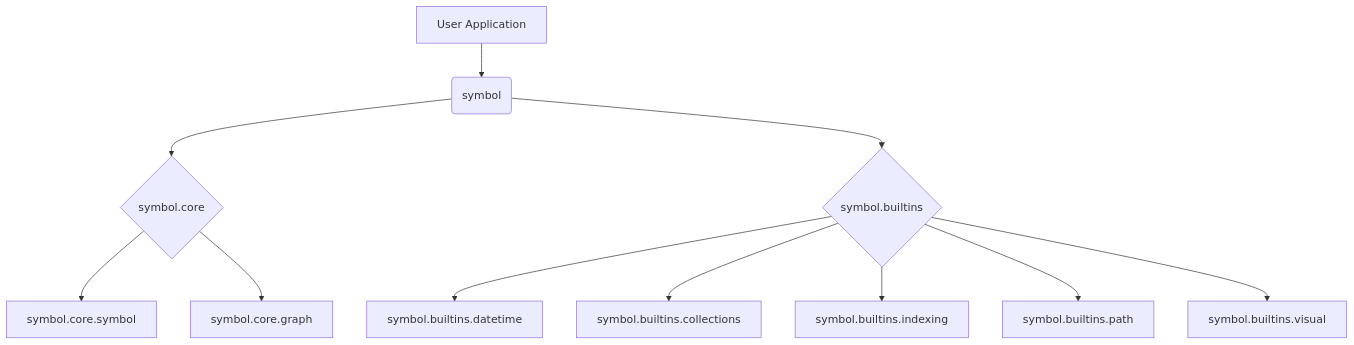
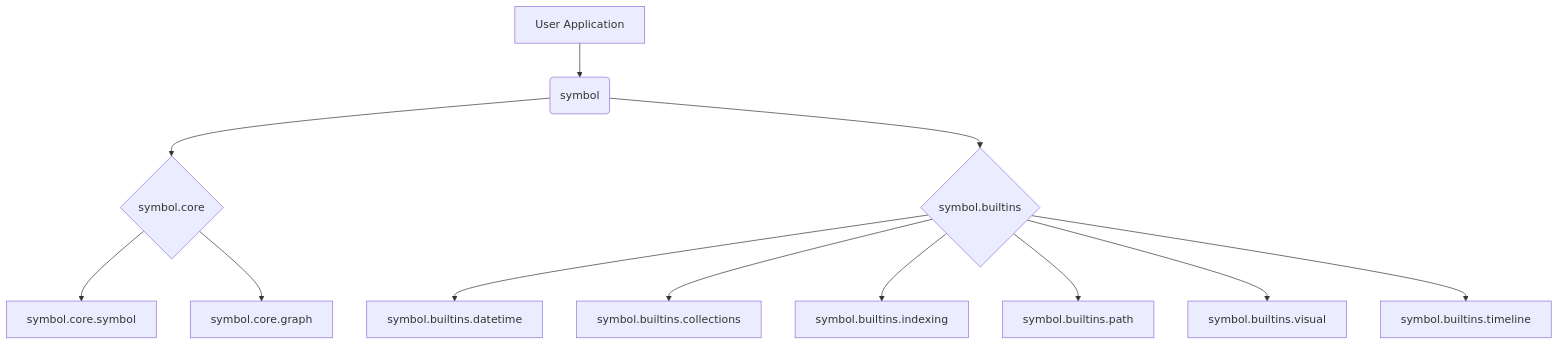
Before and after one commit to ikko/sym: the first of 2 diagrams in README.md, drawn with Mermaid. The commit also changed other lines of this file and 5 other files, not shown here.

````diff
--- a/README.md
+++ b/README.md
@@ -71,13 +121,14 @@
 ```mermaid
 graph TD
     A[User Application] --> B(symbol)
     B --> C{symbol.core}
     B --> D{symbol.builtins}
     C --> E[symbol.core.symbol]
     C --> F[symbol.core.graph]
     D --> G[symbol.builtins.datetime]
     D --> H[symbol.builtins.collections]
     D --> I[symbol.builtins.indexing]
     D --> J[symbol.builtins.path]
     D --> K[symbol.builtins.visual]
+    D --> L[symbol.builtins.timeline]
 ```
````
